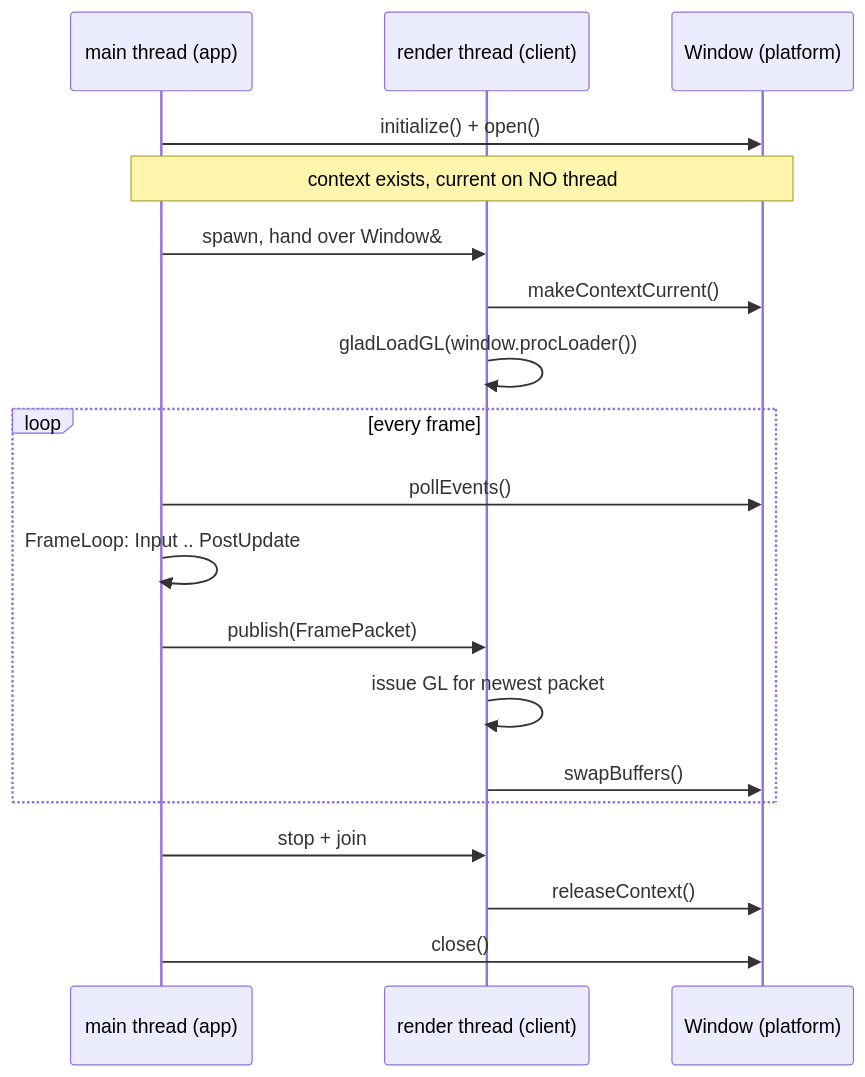
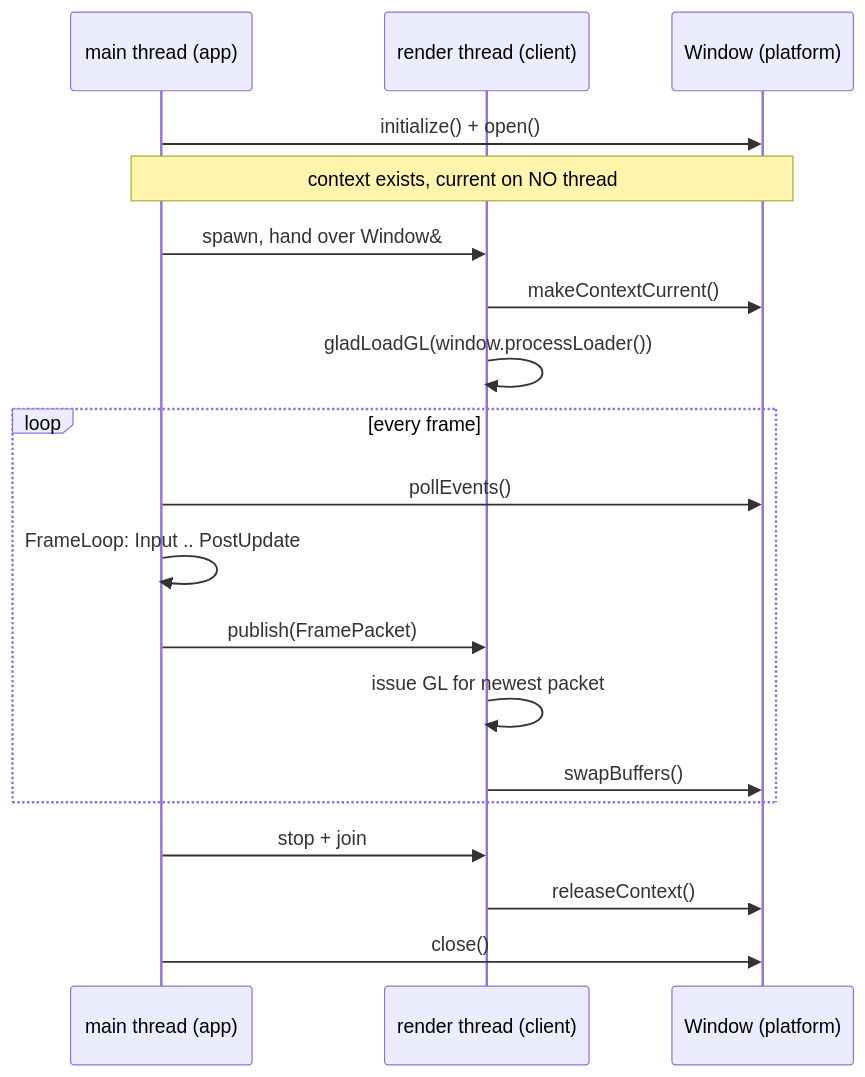
Before and after one commit to techattackteam/TechEngine-vault: the diagram in 04 Design Docs/Systems/Window — Design.md, drawn with Mermaid. The commit also changed other lines of this file and 4 other files, not shown here.

````diff
--- a/04 Design Docs/Systems/Window — Design.md
+++ b/04 Design Docs/Systems/Window — Design.md
@@ -123,22 +138,22 @@
 ```mermaid
 sequenceDiagram
     participant M as main thread (app)
     participant R as render thread (client)
     participant W as Window (platform)
 
     M->>W: initialize() + open()
     Note over M,W: context exists, current on NO thread
     M->>R: spawn, hand over Window&
     R->>W: makeContextCurrent()
-    R->>R: gladLoadGL(window.procLoader())
+    R->>R: gladLoadGL(window.processLoader())
     loop every frame
         M->>W: pollEvents()
         M->>M: FrameLoop: Input .. PostUpdate
         M->>R: publish(FramePacket)
         R->>R: issue GL for newest packet
         R->>W: swapBuffers()
     end
     M->>R: stop + join
     R->>W: releaseContext()
     M->>W: close()
 ```
````
